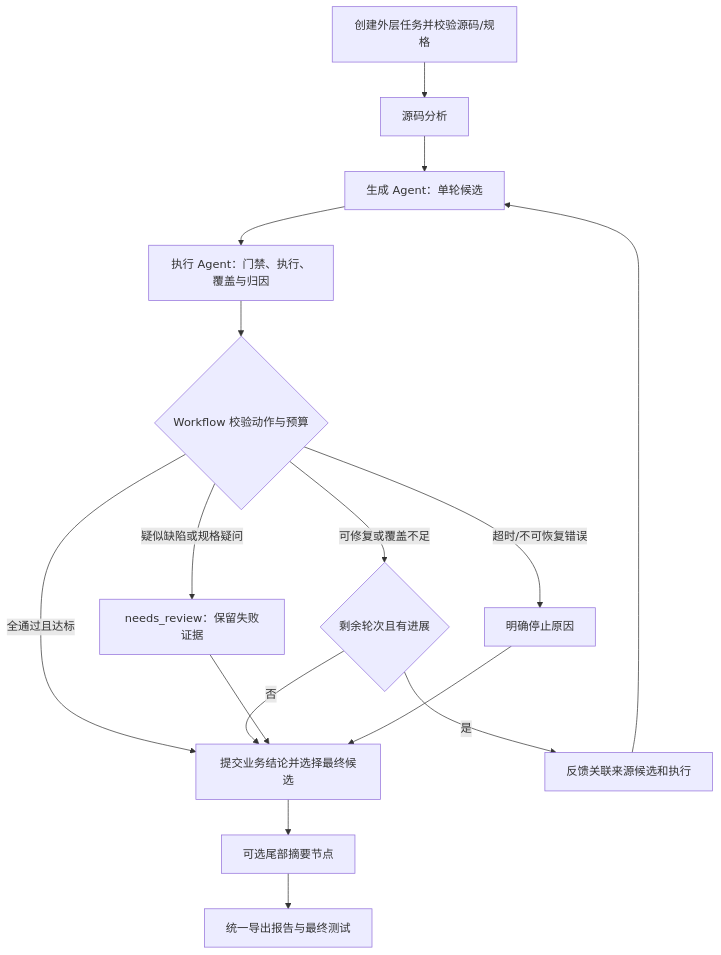
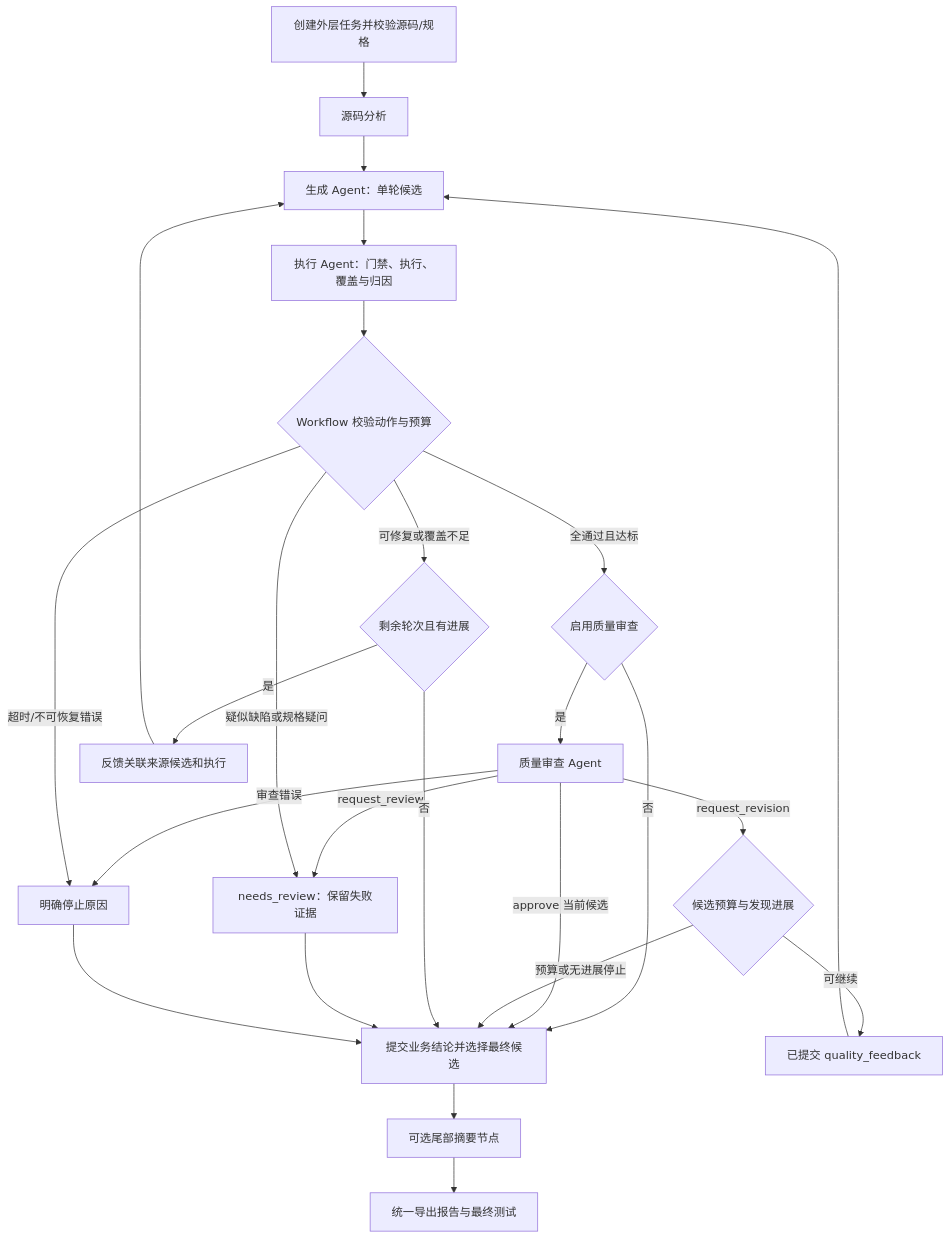
Before and after one commit to ZHZ1111/Workflow: the second of 3 diagrams in Design.md, drawn with Mermaid. The commit also changed other lines of this file and 30 other files, not shown here.

````diff
--- a/Design.md
+++ b/Design.md
@@ -32,18 +36,27 @@
 ```mermaid
 flowchart TD
     I[创建外层任务并校验源码/规格] --> A[源码分析]
     A --> G[生成 Agent：单轮候选]
     G --> E[执行 Agent：门禁、执行、覆盖与归因]
     E --> D{Workflow 校验动作与预算}
-    D -->|全通过且达标| R[提交业务结论并选择最终候选]
+    D -->|全通过且达标| EN{启用质量审查}
+    EN -->|否| R[提交业务结论并选择最终候选]
+    EN -->|是| Q[质量审查 Agent]
+    Q -->|approve 当前候选| R
+    Q -->|request_revision| QB{候选预算与发现进展}
+    QB -->|可继续| QF[已提交 quality_feedback]
+    QF --> G
+    QB -->|预算或无进展停止| R
+    Q -->|request_review| H
+    Q -->|审查错误| X
     D -->|可修复或覆盖不足| B{剩余轮次且有进展}
     B -->|是| F[反馈关联来源候选和执行]
     F --> G
     B -->|否| R
     D -->|疑似缺陷或规格疑问| H[needs_review：保留失败证据]
     D -->|超时/不可恢复错误| X[明确停止原因]
     H --> R
     X --> R
     R --> N[可选尾部摘要节点]
     N --> O[统一导出报告与最终测试]
 ```
````
